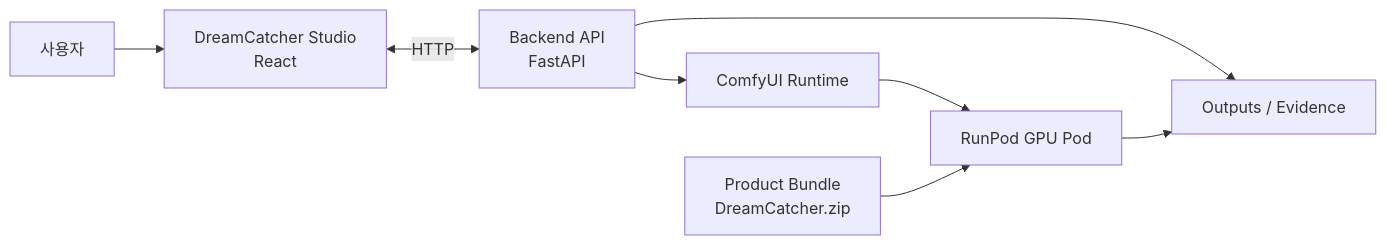
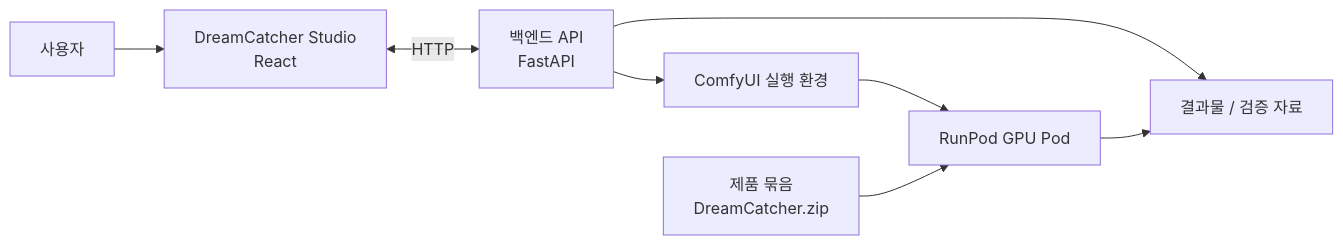
Before and after one commit to daeyeonkkk/DreamCatcher: the diagram in README.md, drawn with Mermaid. The commit also changed other lines of this file, not shown here.

````diff
--- a/README.md
+++ b/README.md
@@ -65,18 +65,18 @@
 ```mermaid
 flowchart LR
   USER["사용자"]
   STUDIO["DreamCatcher Studio<br/>React"]
-  API["Backend API<br/>FastAPI"]
-  COMFY["ComfyUI Runtime"]
+  API["백엔드 API<br/>FastAPI"]
+  COMFY["ComfyUI 실행 환경"]
   RUNPOD["RunPod GPU Pod"]
-  PRODUCT["Product Bundle<br/>DreamCatcher.zip"]
-  EVIDENCE["Outputs / Evidence"]
+  PRODUCT["제품 묶음<br/>DreamCatcher.zip"]
+  EVIDENCE["결과물 / 검증 자료"]
 
   USER --> STUDIO
   STUDIO <-->|HTTP| API
   API --> COMFY
   COMFY --> RUNPOD
   API --> EVIDENCE
   PRODUCT --> RUNPOD
   RUNPOD --> EVIDENCE
 ```
````
